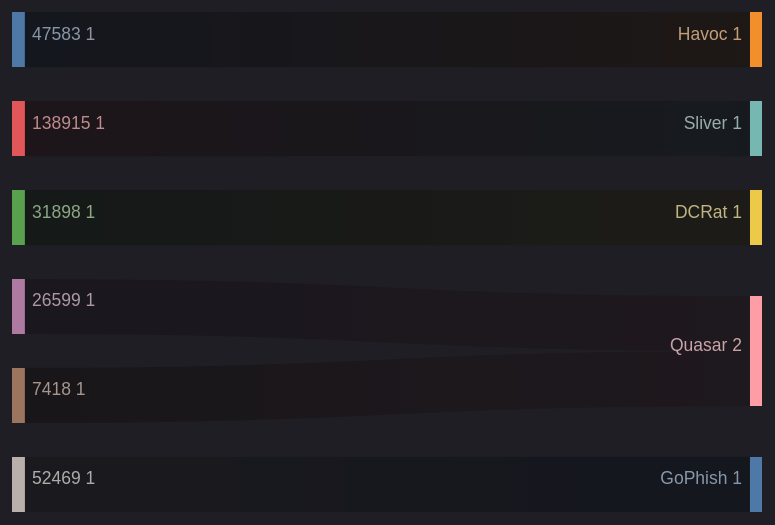
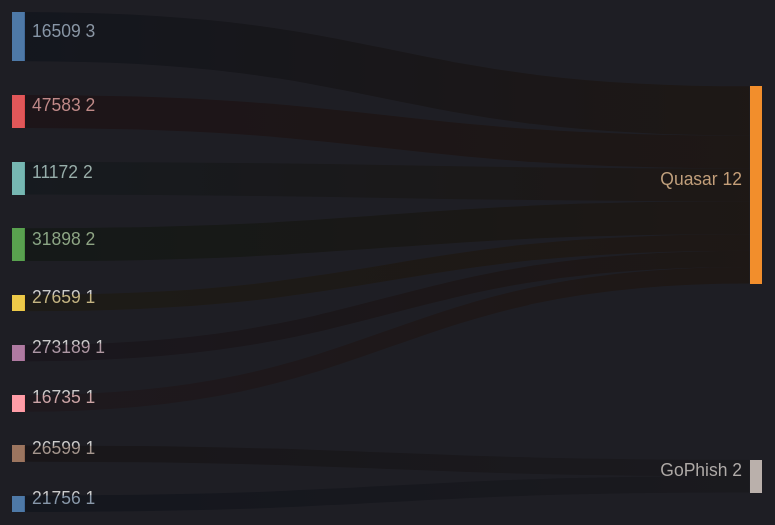
Before and after one commit to ZoqueLabs/website: the eighth of 8 diagrams in zolim.md, drawn with Mermaid. The commit also changed other lines of this file, not shown here.

````diff
--- a/zolim.md
+++ b/zolim.md
@@ -234,14 +234,17 @@
 ```mermaid
 ---
 config:
   theme: dark
 ---
 %% Δ ASN → Threat (new edges)
 sankey-beta
-  47583,Havoc,1
-  138915,Sliver,1
-  31898,DCRat,1
-  26599,Quasar,1
-  7418,Quasar,1
-  52469,GoPhish,1
+  16509,Quasar,3
+  47583,Quasar,2
+  11172,Quasar,2
+  31898,Quasar,2
+  27659,Quasar,1
+  273189,Quasar,1
+  16735,Quasar,1
+  26599,GoPhish,1
+  21756,GoPhish,1
 ```
````
